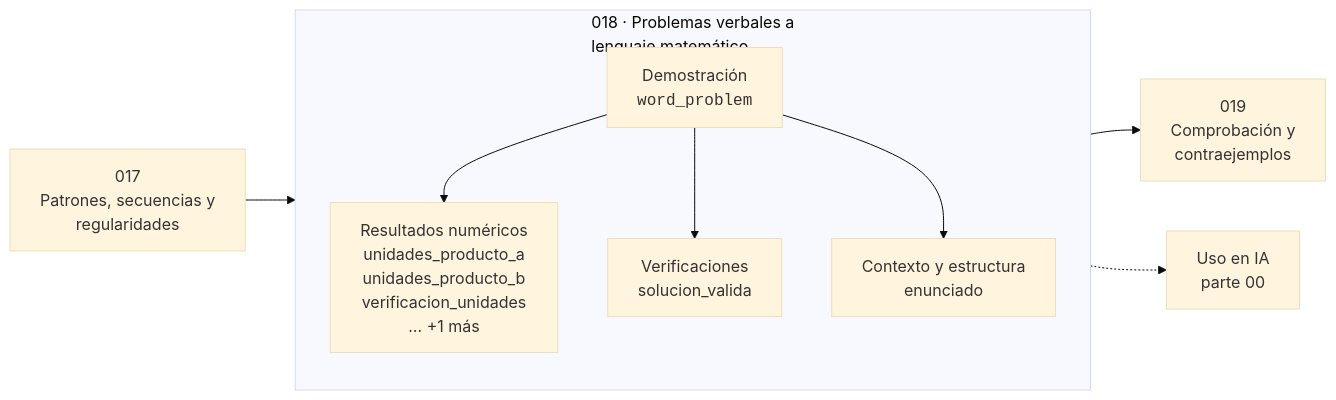
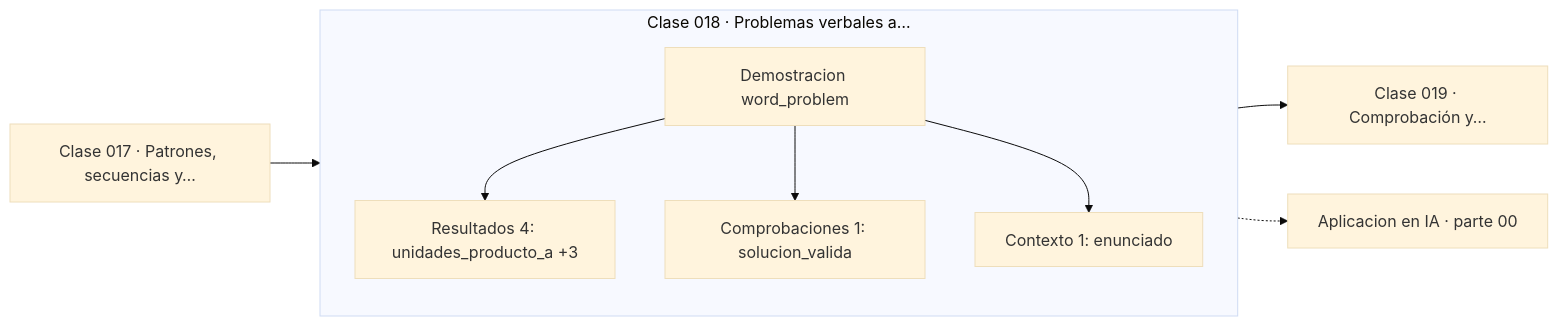
One commit to vladimiracunadev-create/computational-mathematics-program changed the diagram in classes/part-00-pensamiento-matematico-desde-cero/018-problemas-verbales-a-lenguaje-matematico/README.md. Above: the diagram before and after it, drawn with Mermaid (base theme). The commit also changed 389 other files, not shown here.

First line of the commit message:
fix(diagramas): elimina el HTML de las etiquetas Mermaid

````diff
--- a/classes/part-00-pensamiento-matematico-desde-cero/018-problemas-verbales-a-lenguaje-matematico/README.md
+++ b/classes/part-00-pensamiento-matematico-desde-cero/018-problemas-verbales-a-lenguaje-matematico/README.md
@@ -35,12 +35,13 @@
 ```mermaid
 flowchart LR
-    P["017<br/>Patrones, secuencias y<br/>regularidades"] --> C
-    subgraph C["018 · Problemas verbales a<br/>lenguaje matemático"]
+    P["Clase 017 · Patrones, secuencias y…"] --> D
+    subgraph CLASE["Clase 018 · Problemas verbales a…"]
         direction TB
-        D["Demostración<br/><code>word_problem</code>"] --> R["Resultados numéricos<br/>unidades_producto_a<br/>unidades_producto_b<br/>verificacion_unidades<br/>… +1 más"]
-        D --> V["Verificaciones<br/>solucion_valida"]
-        D --> O["Contexto y estructura<br/>enunciado"]
+        D["Demostracion word_problem"]
+        D --> R["Resultados 4: unidades_producto_a +3"]
+        D --> V["Comprobaciones 1: solucion_valida"]
+        D --> O["Contexto 1: enunciado"]
     end
-    C --> N["019<br/>Comprobación y<br/>contraejemplos"]
-    C -.-> IA["Uso en IA<br/>parte 00"]
+    R --> N["Clase 019 · Comprobación y…"]
+    V -.-> IA["Aplicacion en IA · parte 00"]
 ```
````
